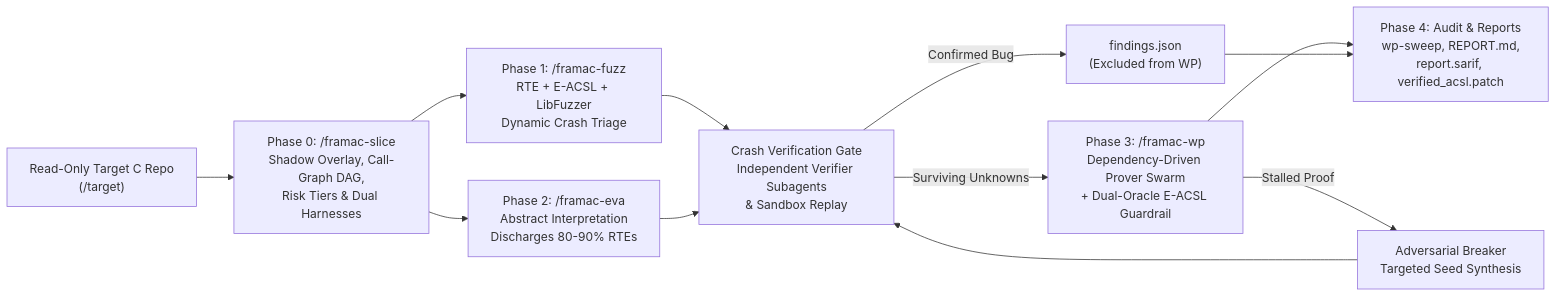
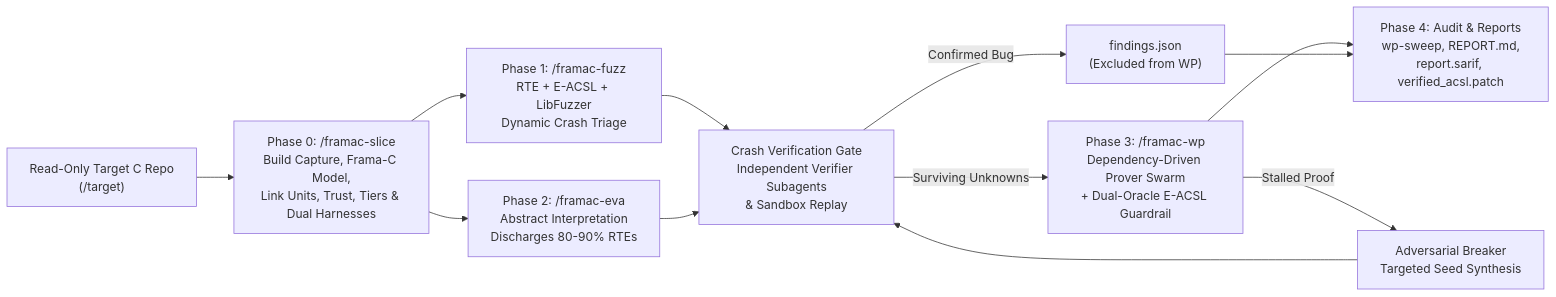
One commit to Harvester57/Frama-C-agentic-pipeline changed the diagram in README.md. Above: the diagram before and after it, drawn with Mermaid. The commit also changed other lines of this file, not shown here.

Commit message:
docs(i10): README for two images, the build recipe and MetAcsl layers

````diff
--- a/README.md
+++ b/README.md
@@ -11,12 +11,12 @@
 ```mermaid
 flowchart LR
-    Target["Read-Only Target C Repo<br/>(/target)"] --> P0["Phase 0: /framac-slice<br/>Shadow Overlay, Call-Graph DAG,<br/>Risk Tiers & Dual Harnesses"]
+    Target["Read-Only Target C Repo<br/>(/target)"] --> P0["Phase 0: /framac-slice<br/>Build Capture, Frama-C Model,<br/>Link Units, Trust, Tiers & Dual Harnesses"]
     P0 --> P1["Phase 1: /framac-fuzz<br/>RTE + E-ACSL + LibFuzzer<br/>Dynamic Crash Triage"]
     P0 --> P2["Phase 2: /framac-eva<br/>Abstract Interpretation<br/>Discharges 80-90% RTEs"]
     P1 & P2 --> Gate["Crash Verification Gate<br/>Independent Verifier Subagents<br/>& Sandbox Replay"]
     Gate -- "Confirmed Bug" --> Findings["findings.json<br/>(Excluded from WP)"]
     Gate -- "Surviving Unknowns" --> P3["Phase 3: /framac-wp<br/>Dependency-Driven Prover Swarm<br/>+ Dual-Oracle E-ACSL Guardrail"]
     P3 -- "Stalled Proof" --> Breaker["Adversarial Breaker<br/>Targeted Seed Synthesis"]
     Breaker --> Gate
     P3 & Findings --> P4["Phase 4: Audit & Reports<br/>wp-sweep, REPORT.md,<br/>report.sarif, verified_acsl.patch"]
 ```
````
